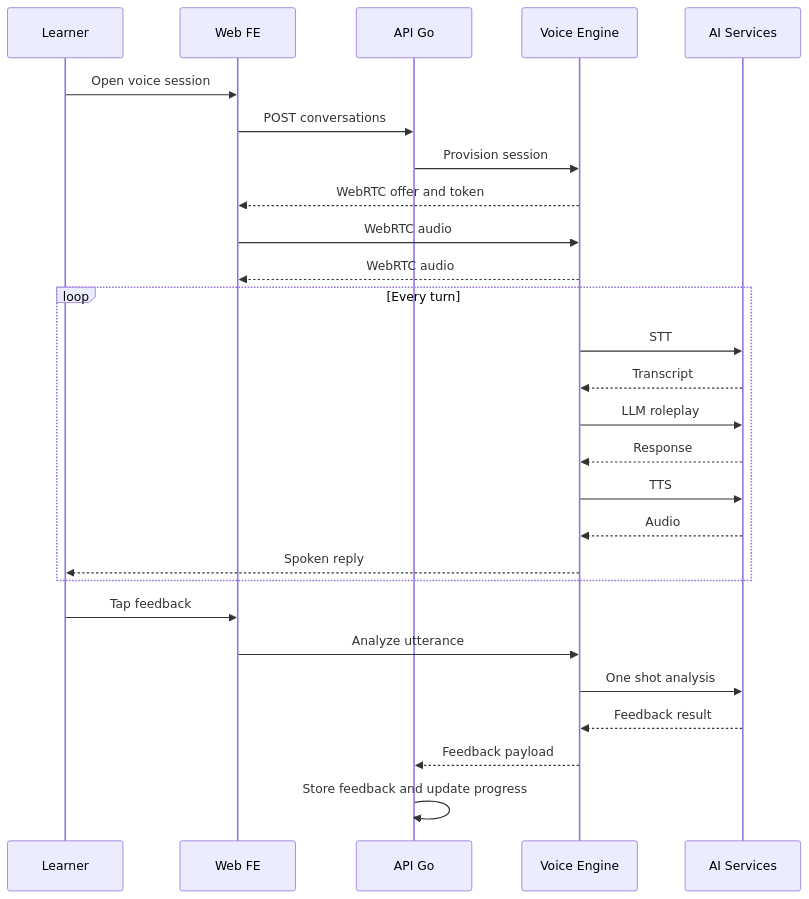
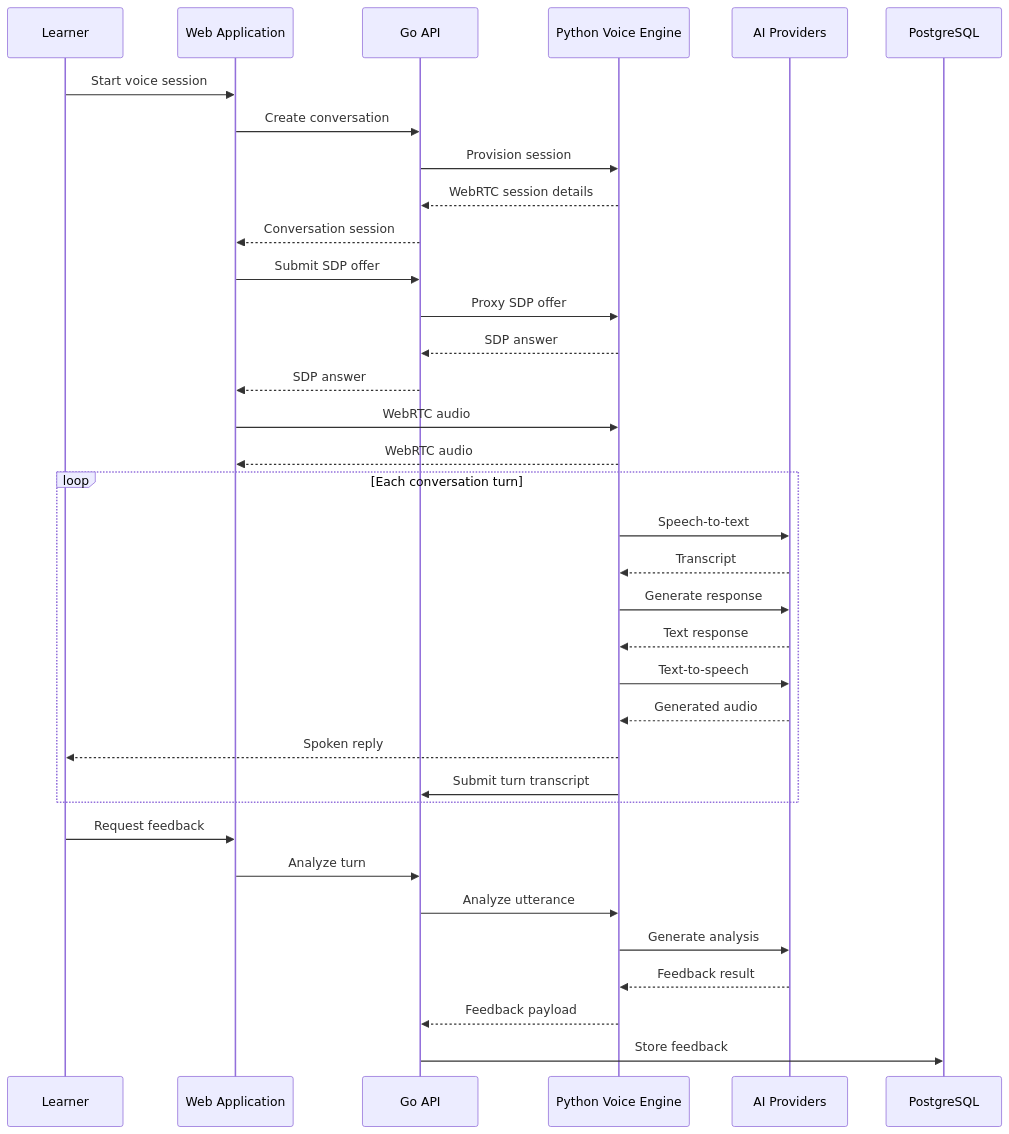
The diagram in README.md (gianghp123/Engflex), drawn with Mermaid before and after one commit. The commit also changed other lines of this file and 5 other files, not shown here.

````diff
--- a/README.md
+++ b/README.md
@@ -149,32 +105,41 @@
 ```mermaid
 sequenceDiagram
     participant L as Learner
-    participant W as Web FE
-    participant A as API Go
-    participant V as Voice Engine
-    participant AI as AI Services
+    participant W as Web Application
+    participant A as Go API
+    participant V as Python Voice Engine
+    participant AI as AI Providers
+    participant DB as PostgreSQL
 
-    L->>W: Open voice session
-    W->>A: POST conversations
+    L->>W: Start voice session
+    W->>A: Create conversation
     A->>V: Provision session
-    V-->>W: WebRTC offer and token
+    V-->>A: WebRTC session details
+    A-->>W: Conversation session
+    W->>A: Submit SDP offer
+    A->>V: Proxy SDP offer
+    V-->>A: SDP answer
+    A-->>W: SDP answer
+
     W->>V: WebRTC audio
     V-->>W: WebRTC audio
 
-    loop Every turn
-        V->>AI: STT
+    loop Each conversation turn
+        V->>AI: Speech-to-text
         AI-->>V: Transcript
-        V->>AI: LLM roleplay
-        AI-->>V: Response
-        V->>AI: TTS
-        AI-->>V: Audio
+        V->>AI: Generate response
+        AI-->>V: Text response
+        V->>AI: Text-to-speech
+        AI-->>V: Generated audio
         V-->>L: Spoken reply
+        V->>A: Submit turn transcript
     end
 
-    L->>W: Tap feedback
-    W->>V: Analyze utterance
-    V->>AI: One shot analysis
+    L->>W: Request feedback
+    W->>A: Analyze turn
+    A->>V: Analyze utterance
+    V->>AI: Generate analysis
     AI-->>V: Feedback result
     V-->>A: Feedback payload
-    A->>A: Store feedback and update progress
+    A->>DB: Store feedback
 ```
````
